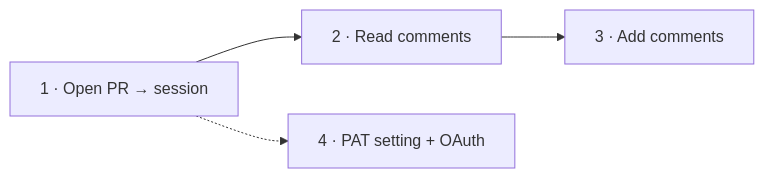
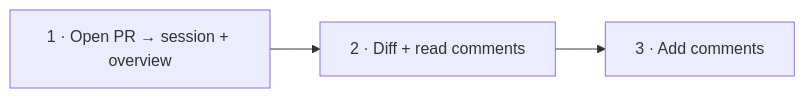
The third of 3 diagrams in docs/specs/open-pr.md (Kapps/weavie), drawn with Mermaid before and after one commit. The commit also changed other lines of this file, not shown here.

````diff
--- a/docs/specs/open-pr.md
+++ b/docs/specs/open-pr.md
@@ -291,5 +321,4 @@
 ```mermaid
 flowchart LR
-  P1[1 · Open PR → session] --> P2[2 · Read comments] --> P3[3 · Add comments]
-  P1 -.-> P4[4 · PAT setting + OAuth]
+  P1[1 · Open PR → session + overview] --> P2[2 · Diff + read comments] --> P3[3 · Add comments]
 ```
````
